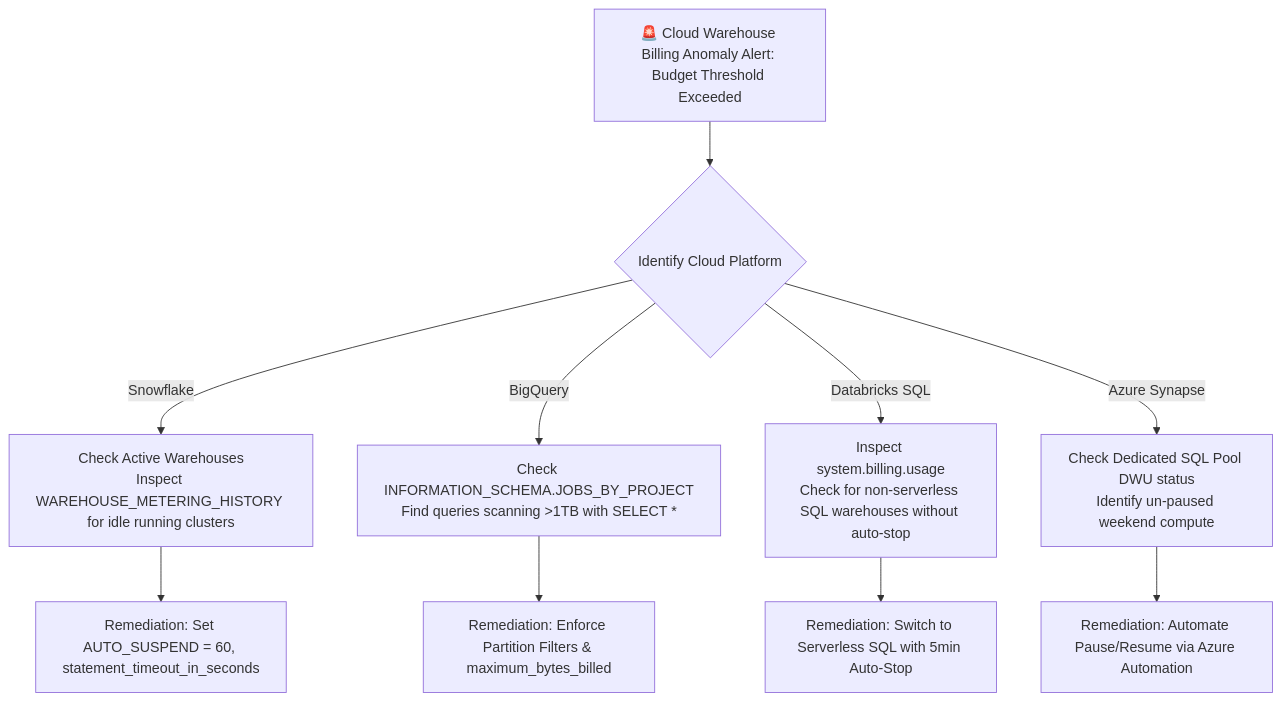
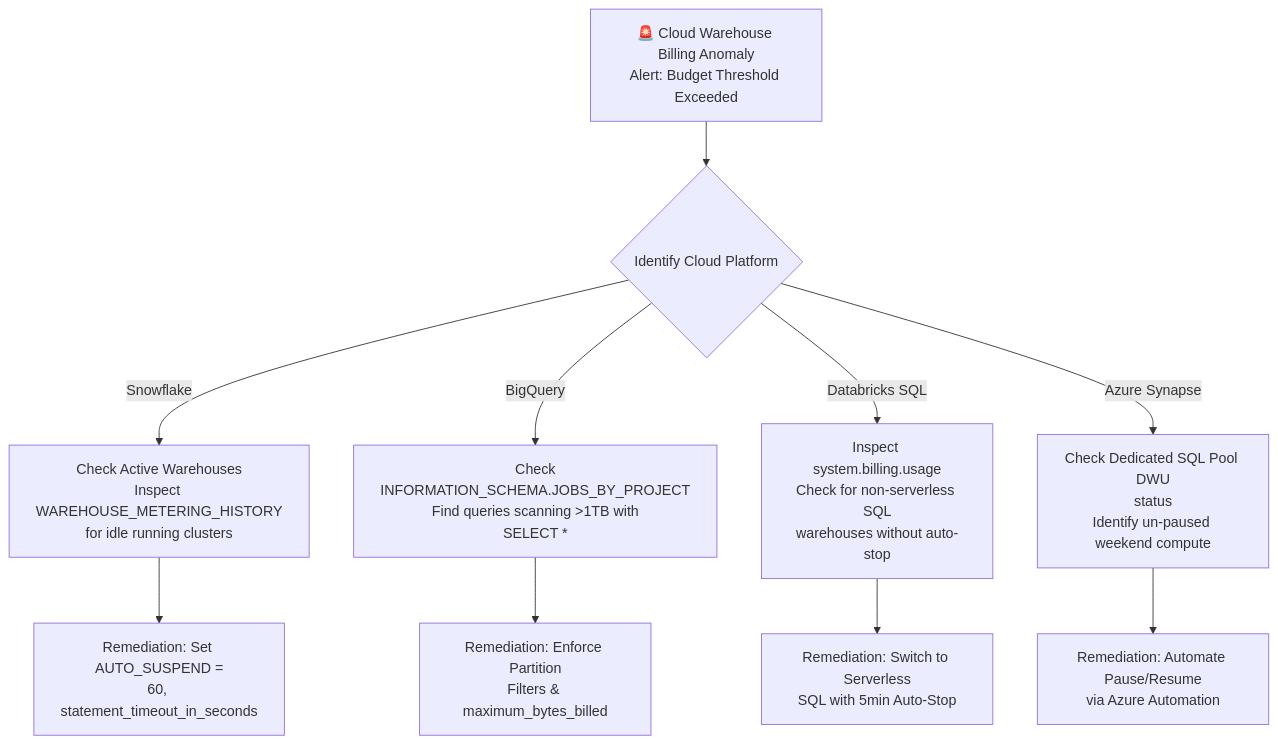
Before and after one commit to santoshjammi29/sql-handbook: the first of 2 diagrams in runbooks/06_finops_and_warehouse_cost_optimization.md, drawn with Mermaid. The commit also changed other lines of this file and 17 other files, not shown here.

Commit message:
fix(diagrams): word-wrap labels and escape comparison operators across all diagrams

````diff
--- a/runbooks/06_finops_and_warehouse_cost_optimization.md
+++ b/runbooks/06_finops_and_warehouse_cost_optimization.md
@@ -10,14 +10,14 @@
 ```mermaid
 flowchart TD
-    CostAlert["🚨 Cloud Warehouse Billing Anomaly Alert: Budget Threshold Exceeded"] --> CheckPlatform{"Identify Cloud Platform"}
+    CostAlert["🚨 Cloud Warehouse Billing Anomaly<br/>Alert: Budget Threshold Exceeded"] --> CheckPlatform{"Identify Cloud Platform"}
 
-    CheckPlatform -->|"Snowflake"| SnowflakeTriage["Check Active Warehouses<br/>Inspect WAREHOUSE_METERING_HISTORY for idle running clusters"]
-    CheckPlatform -->|"BigQuery"| BigQueryTriage["Check INFORMATION_SCHEMA.JOBS_BY_PROJECT<br/>Find queries scanning >1TB with SELECT *"]
-    CheckPlatform -->|"Databricks SQL"| DatabricksTriage["Inspect system.billing.usage<br/>Check for non-serverless SQL warehouses without auto-stop"]
-    CheckPlatform -->|"Azure Synapse"| SynapseTriage["Check Dedicated SQL Pool DWU status<br/>Identify un-paused weekend compute"]
+    CheckPlatform -->|"Snowflake"| SnowflakeTriage["Check Active Warehouses<br/>Inspect WAREHOUSE_METERING_HISTORY<br/>for idle running clusters"]
+    CheckPlatform -->|"BigQuery"| BigQueryTriage["Check<br/>INFORMATION_SCHEMA.JOBS_BY_PROJECT<br/>Find queries scanning &gt;1TB with<br/>SELECT *"]
+    CheckPlatform -->|"Databricks SQL"| DatabricksTriage["Inspect system.billing.usage<br/>Check for non-serverless SQL<br/>warehouses without auto-stop"]
+    CheckPlatform -->|"Azure Synapse"| SynapseTriage["Check Dedicated SQL Pool DWU<br/>status<br/>Identify un-paused weekend compute"]
 
-    SnowflakeTriage --> FixSnowflake["Remediation: Set AUTO_SUSPEND = 60, statement_timeout_in_seconds"]
-    BigQueryTriage --> FixBigQuery["Remediation: Enforce Partition Filters & maximum_bytes_billed"]
-    DatabricksTriage --> FixDatabricks["Remediation: Switch to Serverless SQL with 5min Auto-Stop"]
-    SynapseTriage --> FixSynapse["Remediation: Automate Pause/Resume via Azure Automation"]
+    SnowflakeTriage --> FixSnowflake["Remediation: Set AUTO_SUSPEND =<br/>60, statement_timeout_in_seconds"]
+    BigQueryTriage --> FixBigQuery["Remediation: Enforce Partition<br/>Filters & maximum_bytes_billed"]
+    DatabricksTriage --> FixDatabricks["Remediation: Switch to Serverless<br/>SQL with 5min Auto-Stop"]
+    SynapseTriage --> FixSynapse["Remediation: Automate Pause/Resume<br/>via Azure Automation"]
 ```
````
